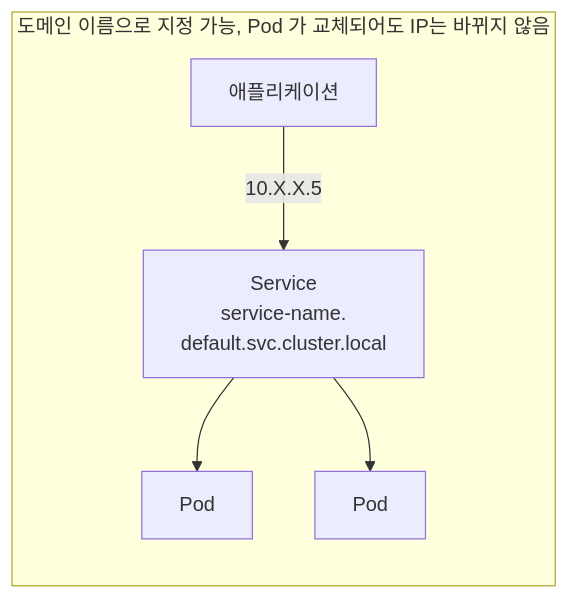
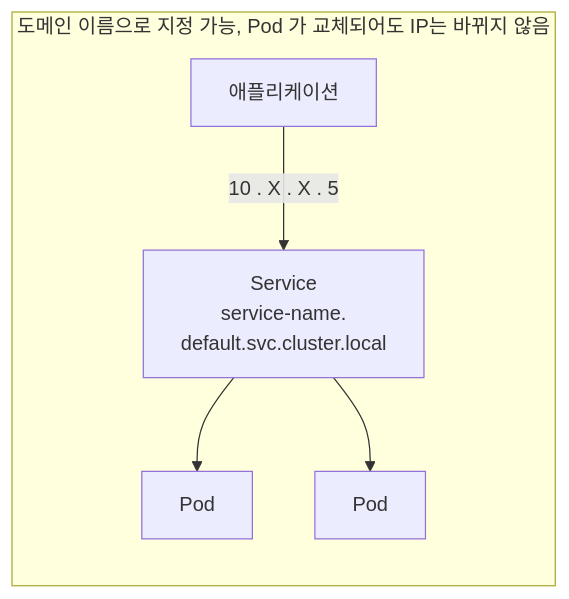
The sixth of 6 diagrams in content/books/bbf-k8s-chapter-06.md (bossm0n5t3r/blog), drawn with Mermaid before and after one commit. The commit also changed other lines of this file, not shown here.

````diff
--- a/content/books/bbf-k8s-chapter-06.md
+++ b/content/books/bbf-k8s-chapter-06.md
@@ -840,14 +825,11 @@
 ```mermaid
 flowchart LR
-        subgraph ToBe[도메인 이름으로 지정 가능, Pod 가 교체되어도 IP는 바뀌지 않음]
+    subgraph ToBe[도메인 이름으로 지정 가능, Pod 가 교체되어도 IP는 바뀌지 않음]
         P1[Pod]
         P2[Pod]
-    
         S[Service<br/>service-name.<br/>default.svc.cluster.local]
-    
         S --> P1
-        S --> P2    
-
-        APP[애플리케이션] --> |10.X.X.5| S
+        S --> P2
+        APP[애플리케이션] -->|10 . X . X . 5| S
     end
 ```
````
